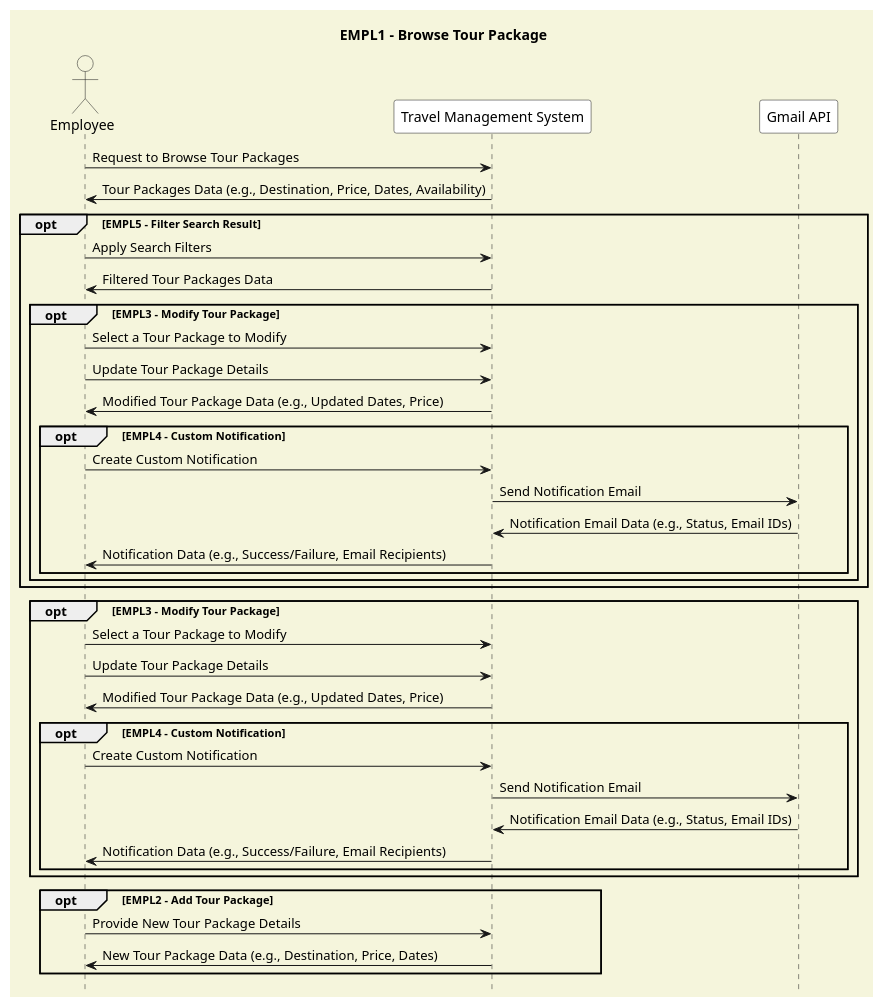
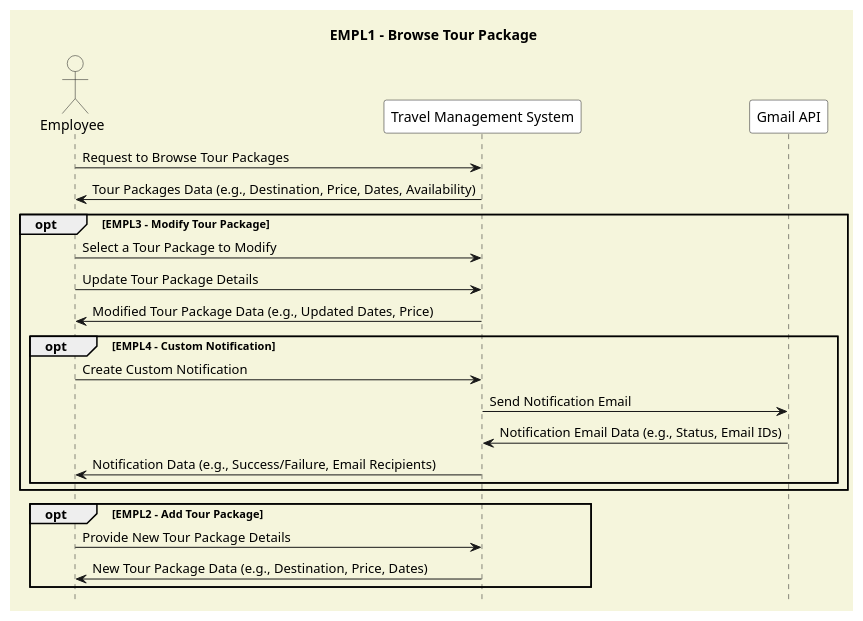
The diagram in diagrams/SSD/EMPL1.puml (Hares-2088/TravelTrove), drawn with PlantUML before and after one commit. The commit also changed 2 other files, not shown here.

```diff
--- a/diagrams/SSD/EMPL1.puml
+++ b/diagrams/SSD/EMPL1.puml
@@ -1,49 +1,32 @@
 @startuml
 title EMPL1 - Browse Tour Package
 
 skinparam backgroundColor #F5F5DC
 hide footbox
 
 actor "Employee" as Employee #F5F5DC
 participant "Travel Management System" as TMS #FFFFFF
 participant "Gmail API" as GmailAPI #FFFFFF
 
 Employee -> TMS : Request to Browse Tour Packages
 TMS -> Employee : Tour Packages Data (e.g., Destination, Price, Dates, Availability)
-
-opt EMPL5 - Filter Search Result
-    Employee -> TMS : Apply Search Filters
-    TMS -> Employee : Filtered Tour Packages Data
-    opt EMPL3 - Modify Tour Package
-        Employee -> TMS : Select a Tour Package to Modify
-        Employee -> TMS : Update Tour Package Details
-        TMS -> Employee : Modified Tour Package Data (e.g., Updated Dates, Price)
-
-        opt EMPL4 - Custom Notification
-            Employee -> TMS : Create Custom Notification
-            TMS -> GmailAPI : Send Notification Email
-            GmailAPI -> TMS : Notification Email Data (e.g., Status, Email IDs)
-            TMS -> Employee : Notification Data (e.g., Success/Failure, Email Recipients)
-        end
-    end
-end
 
 opt EMPL3 - Modify Tour Package
     Employee -> TMS : Select a Tour Package to Modify
     Employee -> TMS : Update Tour Package Details
     TMS -> Employee : Modified Tour Package Data (e.g., Updated Dates, Price)
 
     opt EMPL4 - Custom Notification
         Employee -> TMS : Create Custom Notification
         TMS -> GmailAPI : Send Notification Email
         GmailAPI -> TMS : Notification Email Data (e.g., Status, Email IDs)
         TMS -> Employee : Notification Data (e.g., Success/Failure, Email Recipients)
     end
 end
 
 opt EMPL2 - Add Tour Package
     Employee -> TMS : Provide New Tour Package Details
     TMS -> Employee : New Tour Package Data (e.g., Destination, Price, Dates)
 end
 
 @enduml
```
